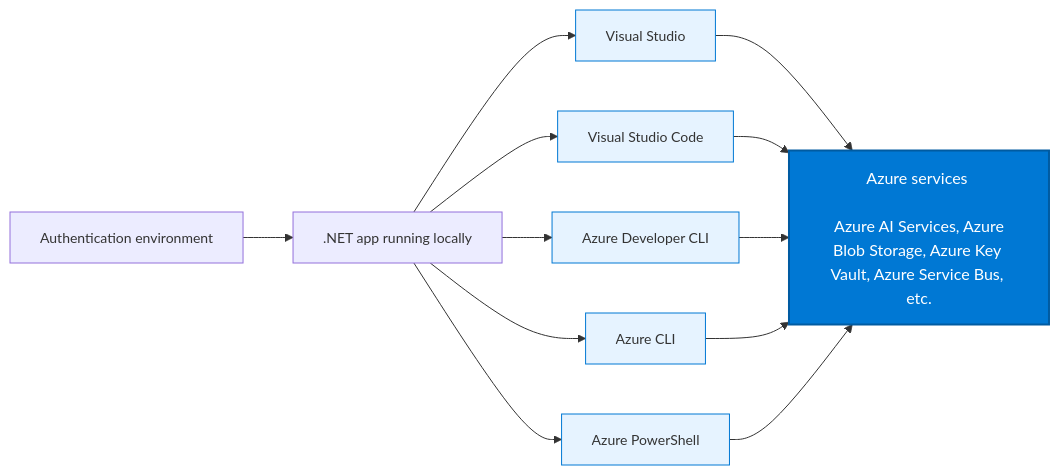
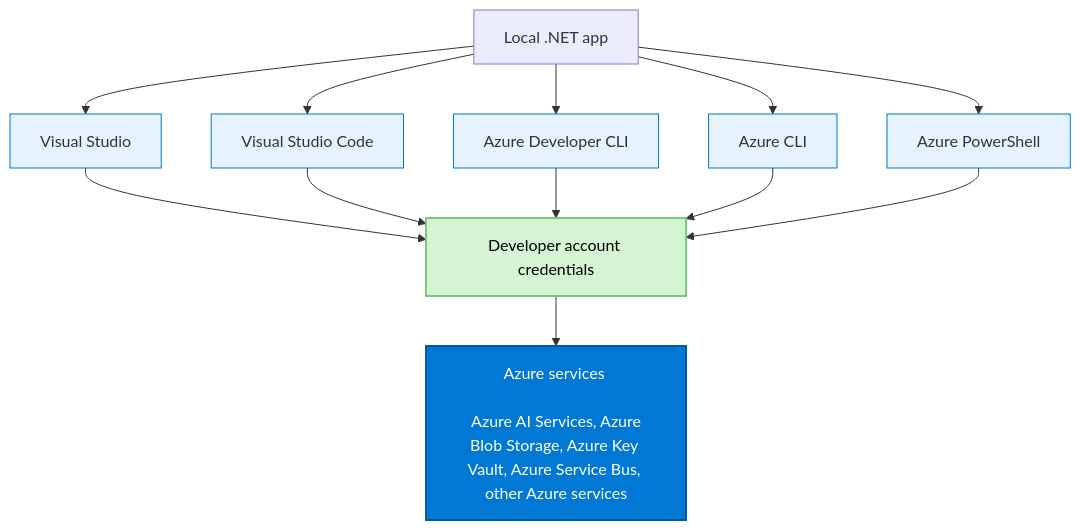
The diagram in docs/azure/sdk/media/mermaidjs/local-authentication.md (dotnet/docs), drawn with Mermaid before and after one commit. The commit also changed 1 other file, not shown here.

````diff
--- a/docs/azure/sdk/media/mermaidjs/local-authentication.md
+++ b/docs/azure/sdk/media/mermaidjs/local-authentication.md
@@ -6,34 +6,38 @@
 ```mermaid
-flowchart LR
-    LA[Authentication environment]
-    ARL[.NET app running locally]
+flowchart TD
+    ARL[Local .NET app]
     
     VS[Visual Studio]
     VSC[Visual Studio Code]
     AZCLI[Azure CLI]
     AZPS[Azure PowerShell]
     AZD[Azure Developer CLI]
+
+    DevAccount["Developer account credentials"]
+
+    AS["Azure services <br/><br/> Azure AI Services, Azure Blob Storage, Azure Key Vault, Azure Service Bus, other Azure services"]
     
-    AS["Azure services <br/><br/> Azure AI Services, Azure Blob Storage, Azure Key Vault, Azure Service Bus, etc."]
-    
-    LA --> ARL
     ARL --> VS
     ARL --> VSC
     ARL --> AZD
     ARL --> AZCLI
     ARL --> AZPS
     
-    VS --> AS
-    VSC --> AS
-    AZD --> AS
-    AZCLI --> AS
-    AZPS --> AS
+    VS --> DevAccount
+    VSC --> DevAccount
+    AZD --> DevAccount
+    AZCLI --> DevAccount
+    AZPS --> DevAccount
+
+    DevAccount --> AS
     
     classDef highlight fill:#0078d4,stroke:#005ba1,stroke-width:2px,color:#fff,font-size:16px
-    classDef tools fill:#e6f3ff,stroke:#0078d4,stroke-width:1px,font-size:14px
-    classDef default font-size:14px
+    classDef tools fill:#e6f3ff,stroke:#0078d4,stroke-width:1px,font-size:16px
+    classDef default font-size:16px
+    classDef lightgreen fill:#D4F4D4,stroke:#7BC97B,stroke-width:2px,color:#000,font-size:16px
     
     class AS highlight
     class VS,VSC,AZD,AZCLI,AZPS tools
     class LA,ARL default
+    class DevAccount lightgreen
 ```
````
